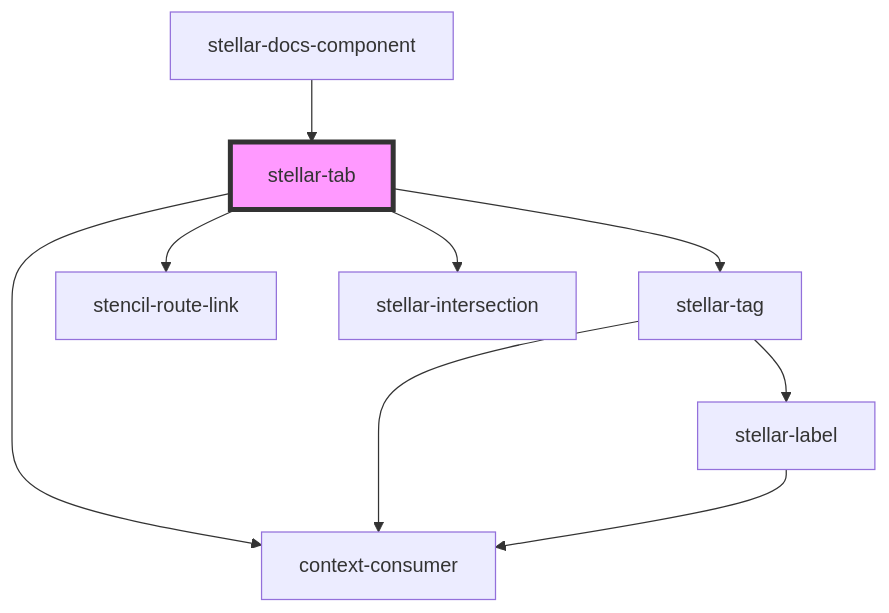
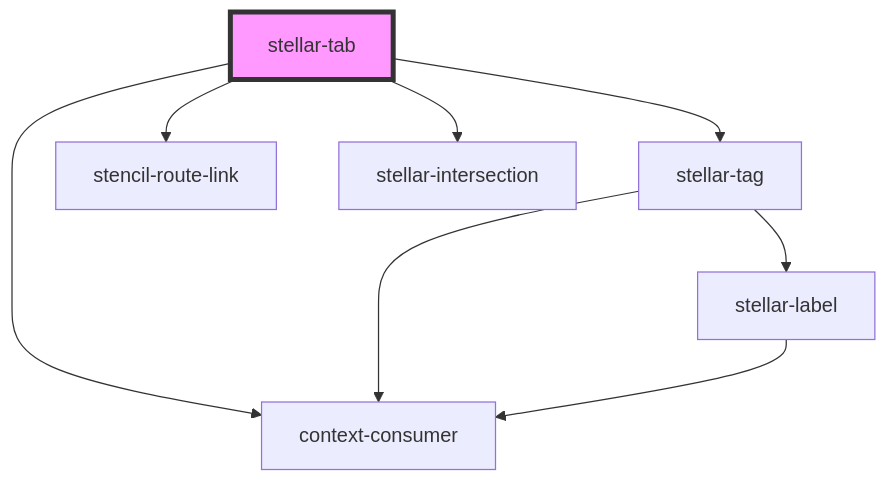
One commit to splitinfinities/Stellar changed the diagram in src/components/ui/tab/readme.md. Above: the diagram before and after it, drawn with Mermaid. The commit also changed other lines of this file and 58 other files, not shown here.

````diff
--- a/src/components/ui/tab/readme.md
+++ b/src/components/ui/tab/readme.md
@@ -59,12 +55,11 @@
 ```mermaid
 graph TD;
   stellar-tab --> stellar-tag
   stellar-tab --> stencil-route-link
   stellar-tab --> stellar-intersection
   stellar-tab --> context-consumer
   stellar-tag --> stellar-label
   stellar-tag --> context-consumer
   stellar-label --> context-consumer
-  stellar-docs-component --> stellar-tab
   style stellar-tab fill:#f9f,stroke:#333,stroke-width:4px
 ```
````
